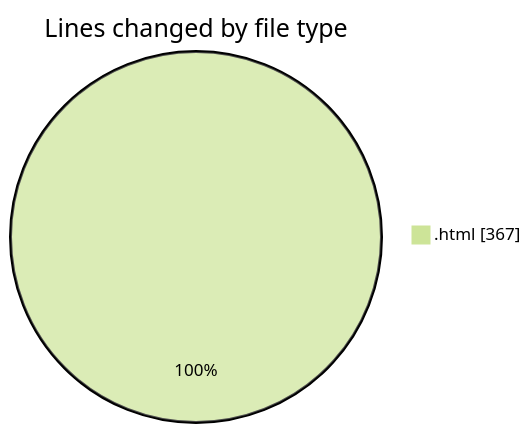
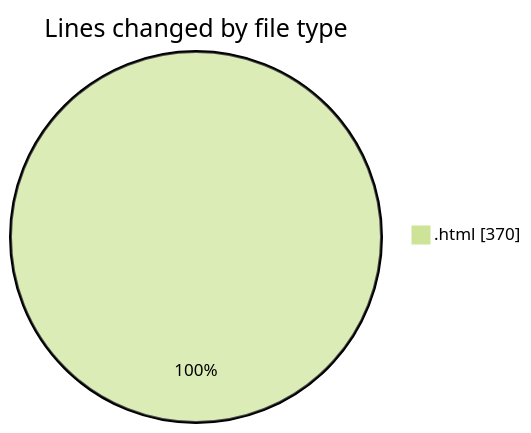
The first of 2 diagrams in 2025-01-10/nueva_carpeta/README.md (LanceThiago/code-tracking), drawn with Mermaid (forest theme) before and after one commit. The commit also changed other lines of this file and 1 other file, not shown here.

````diff
--- a/2025-01-10/nueva_carpeta/README.md
+++ b/2025-01-10/nueva_carpeta/README.md
@@ -20,5 +20,5 @@
 ```mermaid
 pie showData
 title Lines changed by file type
-".html" : 367
+".html" : 370
 ```
````
